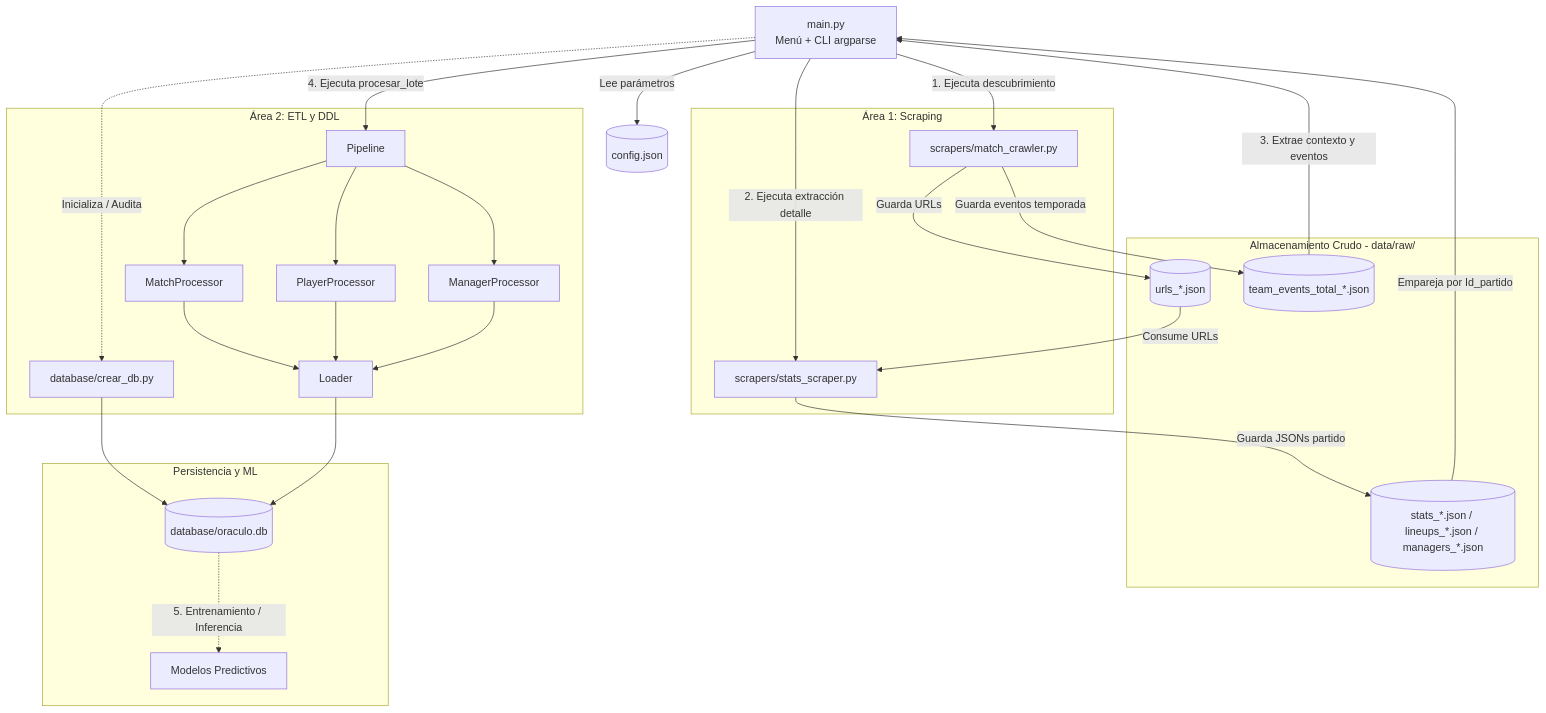
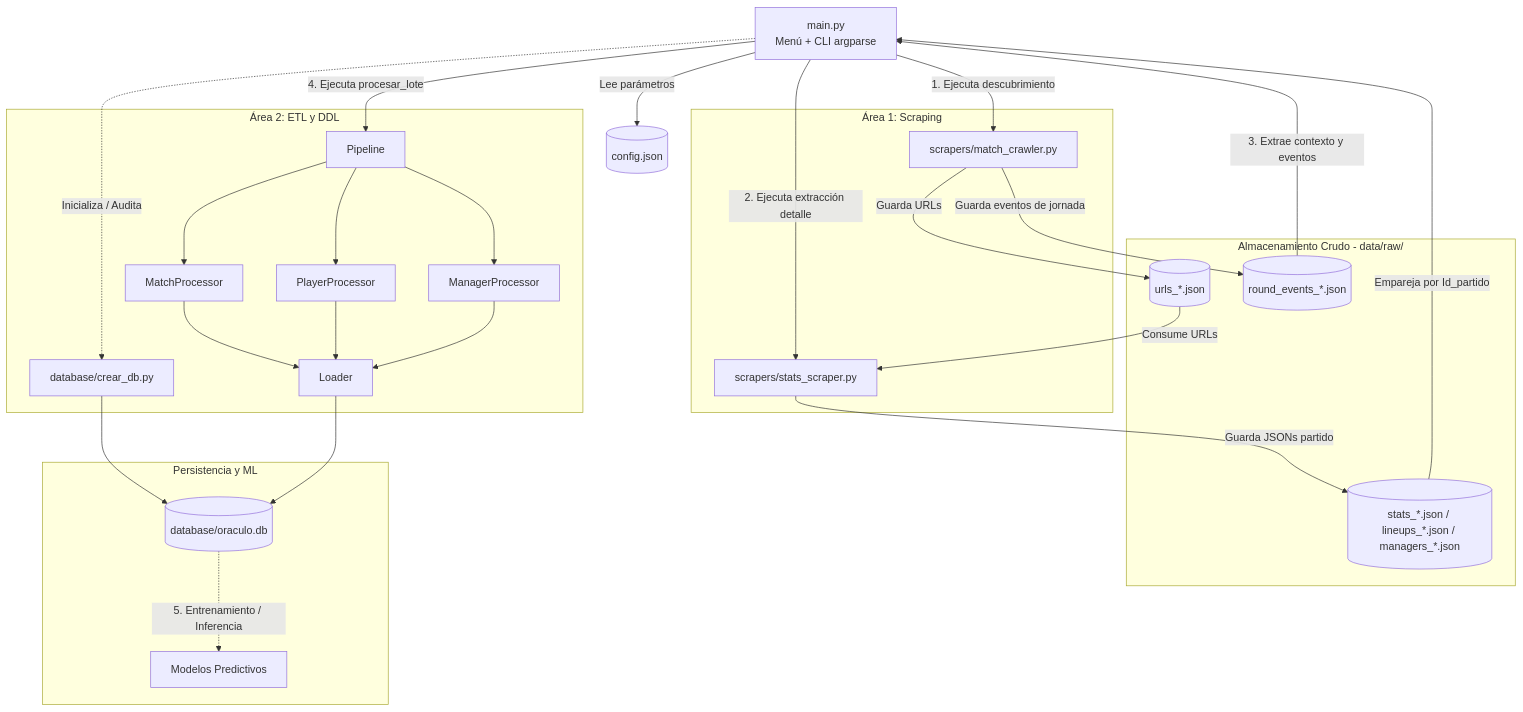
The second of 5 diagrams in docs/arquitectura-del-sistema.md (Fbcc98/Oraculo), drawn with Mermaid before and after one commit. The commit also changed other lines of this file, not shown here.

````diff
--- a/docs/arquitectura-del-sistema.md
+++ b/docs/arquitectura-del-sistema.md
@@ -84,49 +84,49 @@
 ```mermaid
 flowchart TD
     Main[main.py\nMenú + CLI argparse] -->|Lee parámetros| Config[(config.json)]
     
     subgraph Area1 [Área 1: Scraping]
         MC[scrapers/match_crawler.py]
         SS[scrapers/stats_scraper.py]
     end
 
     subgraph StorageRaw [Almacenamiento Crudo - data/raw/]
         UrlsJSON[(urls_*.json)]
-        EventsJSON[(team_events_total_*.json)]
+        EventsJSON[(round_events_*.json)]
         StatsJSON[(stats_*.json / lineups_*.json / managers_*.json)]
     end
 
     subgraph Area2 [Área 2: ETL y DDL]
         DDL[database/crear_db.py]
         Pipe[Pipeline]
         MP[MatchProcessor]
         PP[PlayerProcessor]
         MngP[ManagerProcessor]
         Load[Loader]
     end
 
     subgraph Area3 [Persistencia y ML]
         SQLite[(database/oraculo.db)]
         ML[Modelos Predictivos]
     end
 
     Main -->|1. Ejecuta descubrimiento| MC
     MC -->|Guarda URLs| UrlsJSON
-    MC -->|Guarda eventos temporada| EventsJSON
+    MC -->|Guarda eventos de jornada| EventsJSON
     
     Main -->|2. Ejecuta extracción detalle| SS
     UrlsJSON -->|Consume URLs| SS
     SS -->|Guarda JSONs partido| StatsJSON
 
     EventsJSON -->|3. Extrae contexto y eventos| Main
     StatsJSON -->|Empareja por Id_partido| Main
     Main -->|4. Ejecuta procesar_lote| Pipe
     Pipe --> MP
     Pipe --> PP
     Pipe --> MngP
     MP & PP & MngP --> Load
     Main -.->|Inicializa / Audita| DDL
     DDL --> SQLite
     Load --> SQLite
     SQLite -.->|5. Entrenamiento / Inferencia| ML
 ```
````
